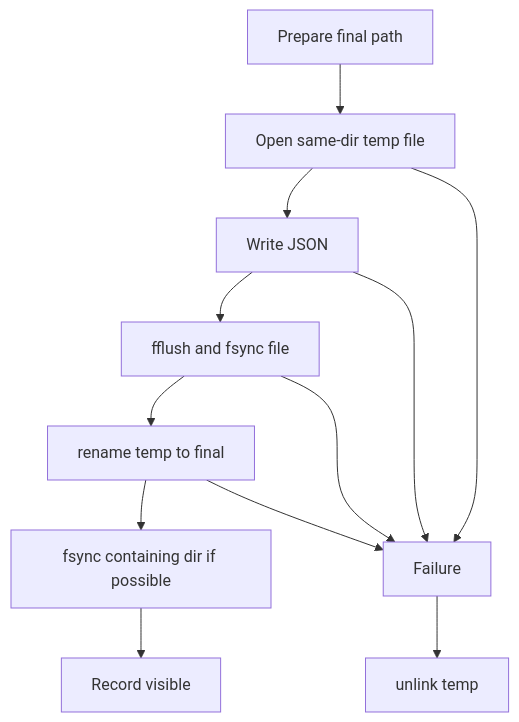
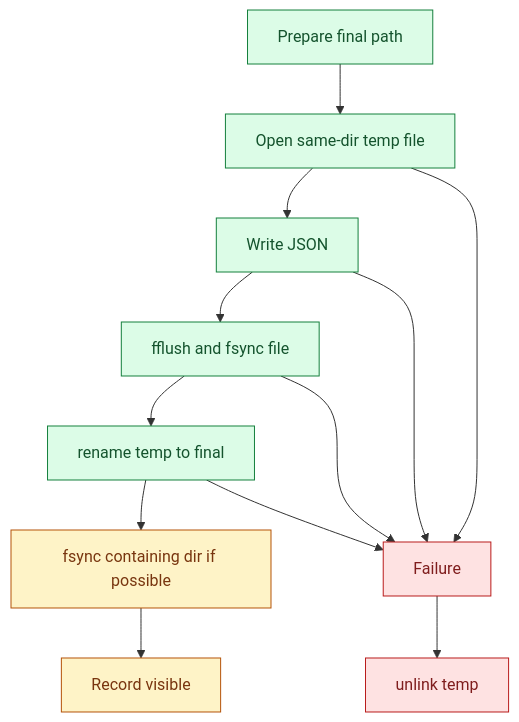
The second of 2 diagrams in docs/store.md (RchGrav/onhold), drawn with Mermaid before and after one commit. The commit also changed other lines of this file and 13 other files, not shown here.

````diff
--- a/docs/store.md
+++ b/docs/store.md
@@ -101,14 +72,21 @@
 ```mermaid
 flowchart TD
     Start["Prepare final path"] --> Temp["Open same-dir temp file"]
     Temp --> Write["Write JSON"]
     Write --> Flush["fflush and fsync file"]
     Flush --> Rename["rename temp to final"]
     Rename --> DirSync["fsync containing dir if possible"]
     DirSync --> Done["Record visible"]
     Temp --> Fail["Failure"]
     Write --> Fail
     Flush --> Fail
     Rename --> Fail
     Fail --> Cleanup["unlink temp"]
+
+    classDef write fill:#dcfce7,stroke:#15803d,color:#14532d
+    classDef durable fill:#fef3c7,stroke:#b45309,color:#78350f
+    classDef fail fill:#fee2e2,stroke:#b91c1c,color:#7f1d1d
+    class Start,Temp,Write,Flush,Rename write
+    class DirSync,Done durable
+    class Fail,Cleanup fail
 ```
````
